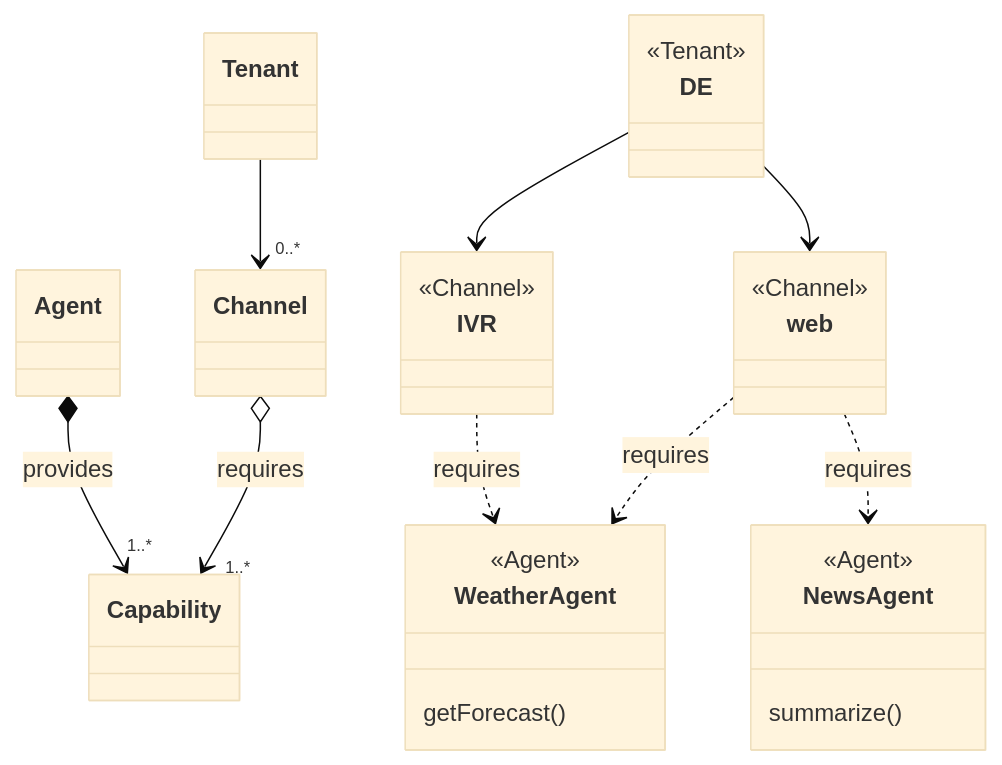
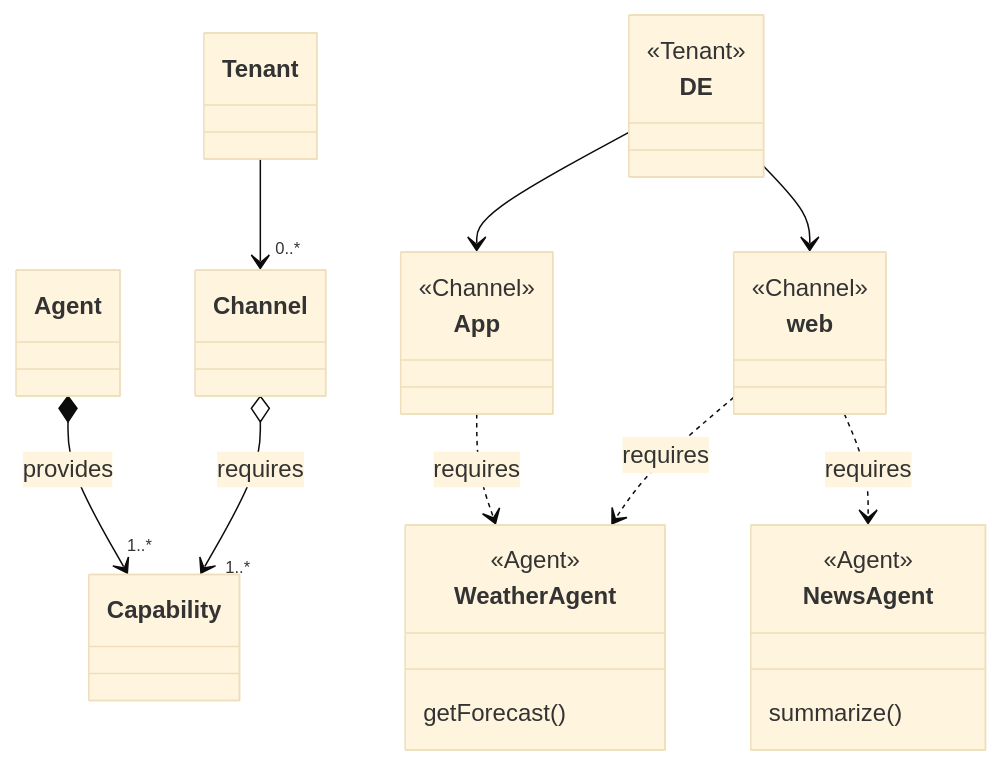
One commit to eclipse-lmos/website changed the diagram in docs/lmos_platform/lmos_control_plane.md. Above: the diagram before and after it, drawn with Mermaid (base theme). The commit also changed other lines of this file and 2 other files, not shown here.

````diff
--- a/docs/lmos_platform/lmos_control_plane.md
+++ b/docs/lmos_platform/lmos_control_plane.md
@@ -40,35 +39,35 @@
 ```mermaid
 classDiagram
 
 Tenant --> "0..*" Channel
 
 Agent *--> "1..*" Capability: provides
 
 Channel o--> "1..*" Capability: requires
 
-class IVR{
+class App{
     <<Channel>>
 }
 class web{
     <<Channel>>
 }
 class DE{
     <<Tenant>>
 }
 
 class WeatherAgent{
     <<Agent>>
     getForecast()
 }
 class NewsAgent{
     <<Agent>>
     summarize()
 }
 
-DE --> IVR
+DE --> App
 DE --> web
 
-IVR ..> WeatherAgent: requires
+App ..> WeatherAgent: requires
 web ..> WeatherAgent: requires
 web ..> NewsAgent: requires
 ```
````
